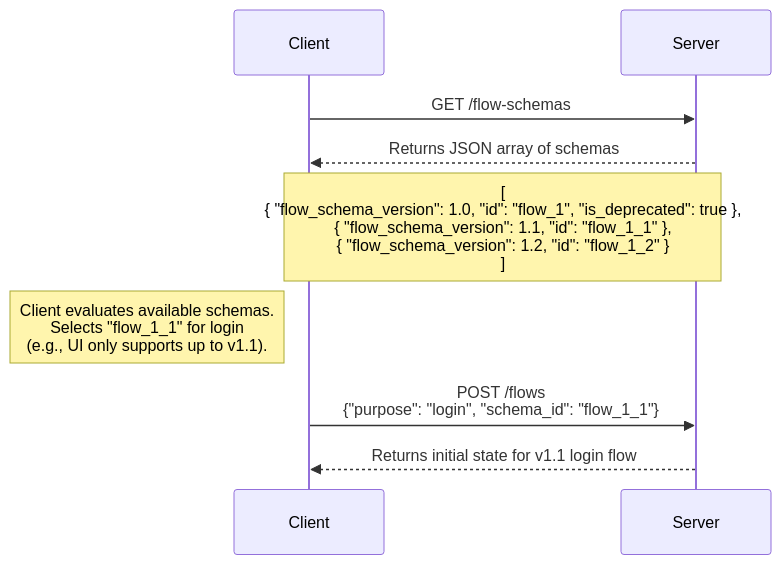
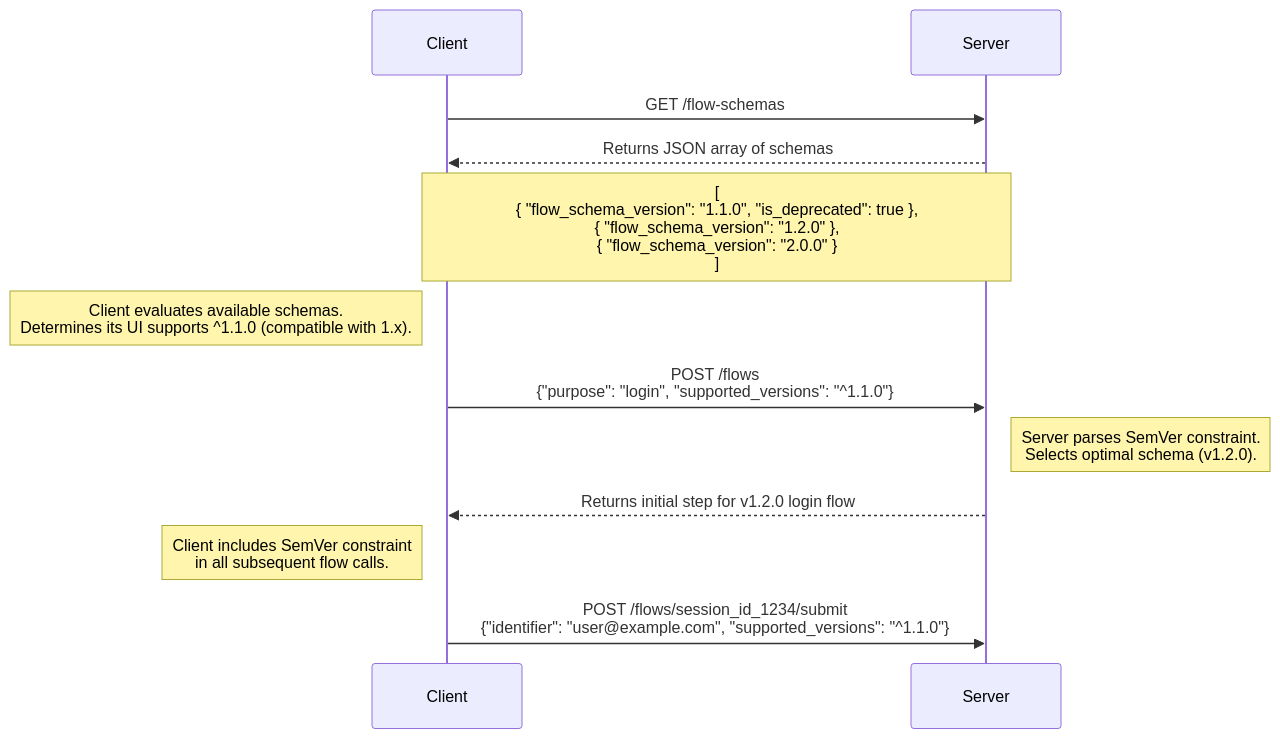
Before and after one commit to zitadel/nextgen: the diagram in api/capability-handshake.md, drawn with Mermaid. The commit also changed other lines of this file, not shown here.

````diff
--- a/api/capability-handshake.md
+++ b/api/capability-handshake.md
@@ -9,11 +9,14 @@
 ```mermaid
 sequenceDiagram
 participant Client
 participant Server
     Client->>Server: GET /flow-schemas
     Server-->>Client: Returns JSON array of schemas
-    Note over Client, Server: [<br/>  { "flow_schema_version": 1.0, "id": "flow_1", "is_deprecated": true },<br/>  { "flow_schema_version": 1.1, "id": "flow_1_1" },<br/>  { "flow_schema_version": 1.2, "id": "flow_1_2" }<br/>]
-    Note left of Client: Client evaluates available schemas.<br/>Selects "flow_1_1" for login<br/>(e.g., UI only supports up to v1.1).
-    Client->>Server: POST /flows<br/>{"purpose": "login", "schema_id": "flow_1_1"}
-    Server-->>Client: Returns initial state for v1.1 login flow
+    Note over Client, Server: [<br/>  { "flow_schema_version": "1.1.0", "is_deprecated": true },<br/>  { "flow_schema_version": "1.2.0" },<br/>  { "flow_schema_version": "2.0.0" }<br/>]
+    Note left of Client: Client evaluates available schemas.<br/>Determines its UI supports ^1.1.0 (compatible with 1.x).
+    Client->>Server: POST /flows<br/>{"purpose": "login", "supported_versions": "^1.1.0"}
+    Note right of Server: Server parses SemVer constraint.<br/>Selects optimal schema (v1.2.0).
+    Server-->>Client: Returns initial step for v1.2.0 login flow
+    Note left of Client: Client includes SemVer constraint<br/>in all subsequent flow calls.
+    Client->>Server: POST /flows/session_id_1234/submit<br/>{"identifier": "user@example.com", "supported_versions": "^1.1.0"}
 ```
````
